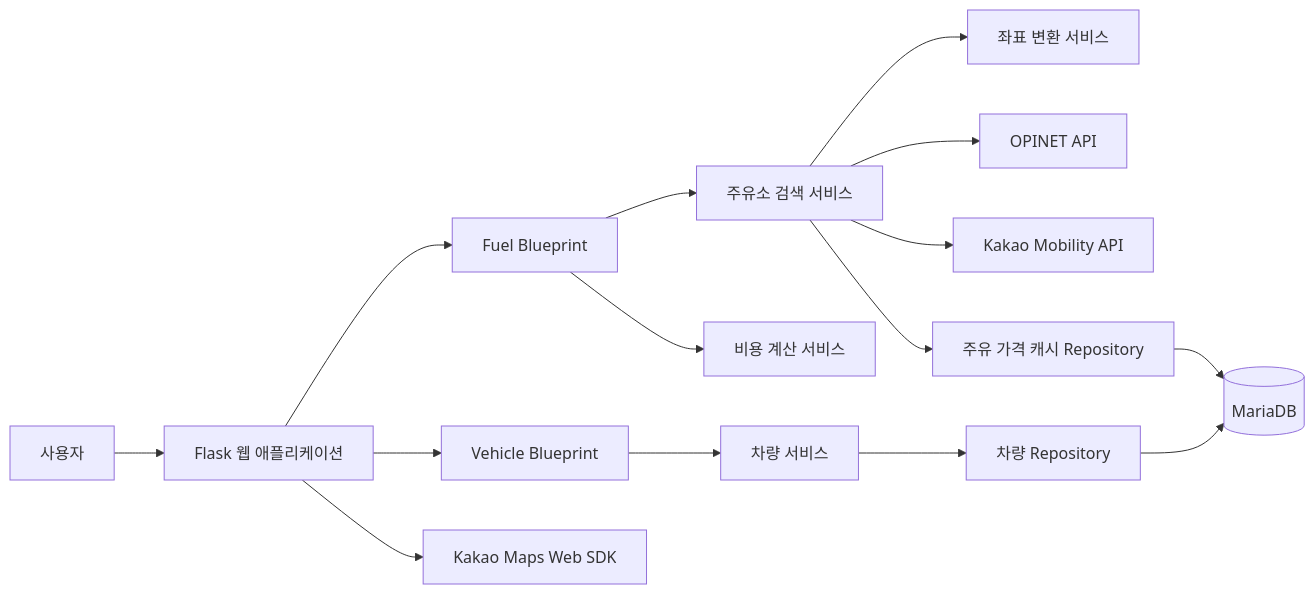
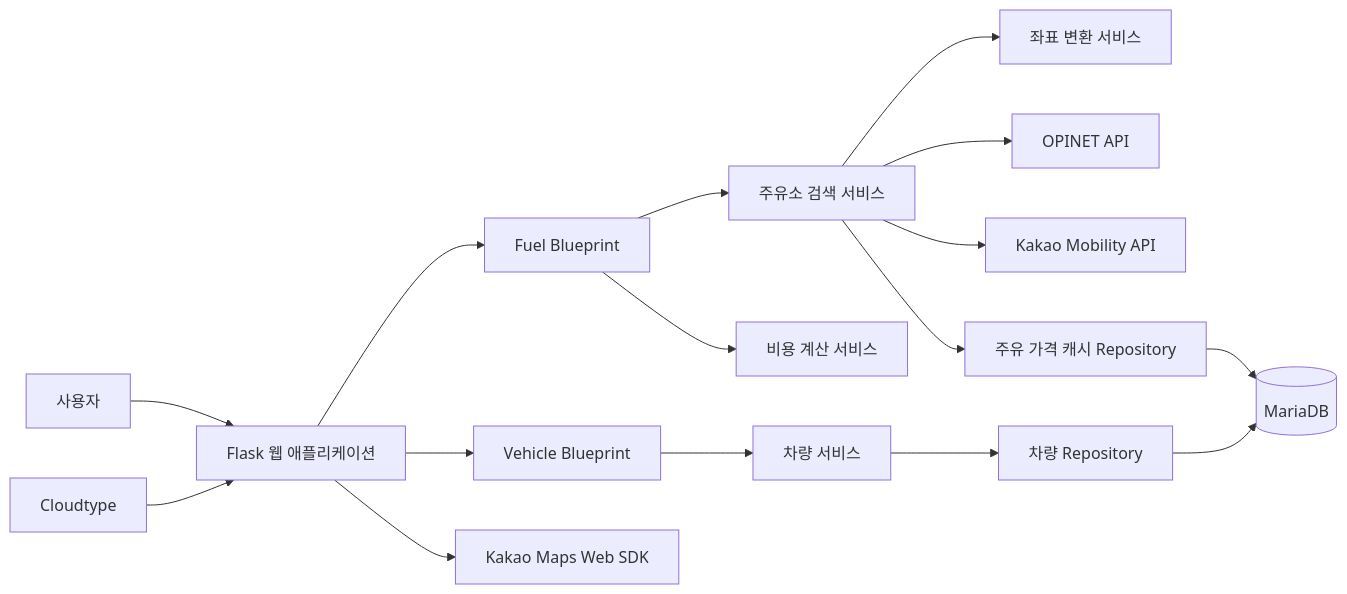
The diagram in README.md (SungJin-Park530/OilAndCharge), drawn with Mermaid before and after one commit. The commit also changed other lines of this file and 3 other files, not shown here.

````diff
--- a/README.md
+++ b/README.md
@@ -52,17 +61,18 @@
  ```mermaid
  flowchart LR
        User[사용자] --> Web[Flask 웹 애플리케이션]
+       Cloudtype[Cloudtype] --> Web
        Web --> FuelRoutes[Fuel Blueprint]
        Web --> VehicleRoutes[Vehicle Blueprint]
        FuelRoutes --> Search[주유소 검색 서비스]
        FuelRoutes --> Cost[비용 계산 서비스]
        VehicleRoutes --> VehicleService[차량 서비스]
        Search --> Coordinate[좌표 변환 서비스]
        Search --> OPINET[OPINET API]
        Search --> KakaoMobility[Kakao Mobility API]
        Web --> KakaoMaps[Kakao Maps Web SDK]
        Search --> FuelRepository[주유 가격 캐시 Repository]
        VehicleService --> VehicleRepository[차량 Repository]
        FuelRepository --> DB[(MariaDB)]
        VehicleRepository --> DB
  ```
````
